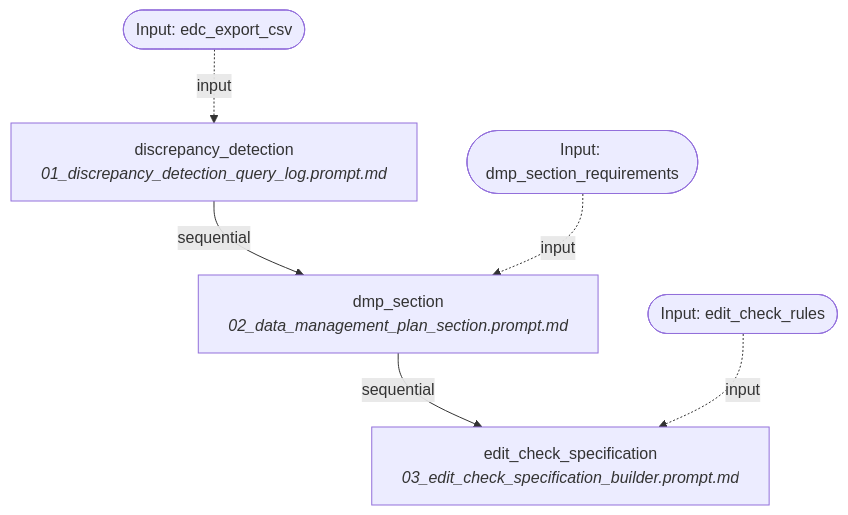
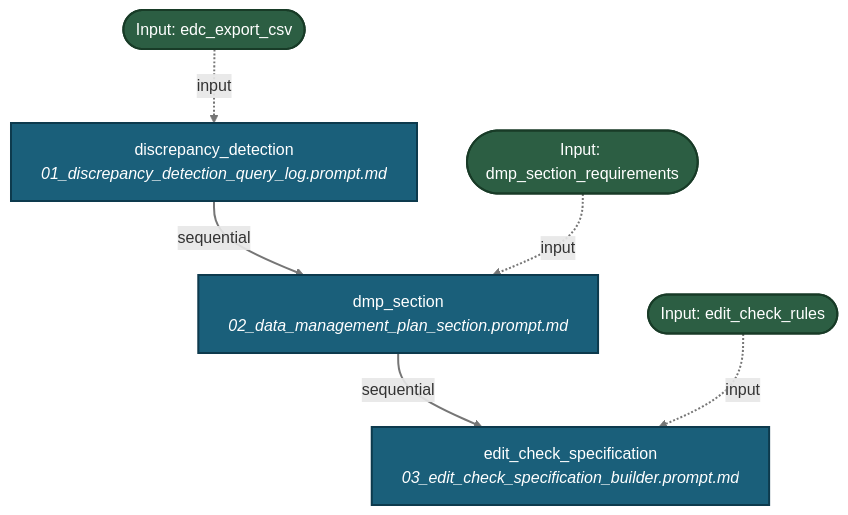
The diagram in docs/workflows/clinical_data.md (fderuiter/proompts), drawn with Mermaid before and after one commit. The commit also changed 267 other files, not shown here.

````diff
--- a/docs/workflows/clinical_data.md
+++ b/docs/workflows/clinical_data.md
@@ -11,14 +11,17 @@
 ```mermaid
 graph TD
-    INPUT_edc_export_csv([Input: edc_export_csv])
-    INPUT_dmp_section_requirements([Input: dmp_section_requirements])
-    INPUT_edit_check_rules([Input: edit_check_rules])
-    discrepancy_detection[discrepancy_detection<br><i>01_discrepancy_detection_query_log.prompt.md</i>]
+    classDef stepNode fill:#1a5f7a,stroke:#0d3a4d,stroke-width:2px,color:#ffffff;
+    classDef inputNode fill:#2c5e43,stroke:#183b27,stroke-width:2px,color:#ffffff;
+    INPUT_edc_export_csv([Input: edc_export_csv]):::inputNode
+    INPUT_dmp_section_requirements([Input: dmp_section_requirements]):::inputNode
+    INPUT_edit_check_rules([Input: edit_check_rules]):::inputNode
+    discrepancy_detection[discrepancy_detection<br><i>01_discrepancy_detection_query_log.prompt.md</i>]:::stepNode
     INPUT_edc_export_csv -. input .-> discrepancy_detection
     discrepancy_detection -->|sequential| dmp_section
-    dmp_section[dmp_section<br><i>02_data_management_plan_section.prompt.md</i>]
+    dmp_section[dmp_section<br><i>02_data_management_plan_section.prompt.md</i>]:::stepNode
     INPUT_dmp_section_requirements -. input .-> dmp_section
     dmp_section -->|sequential| edit_check_specification
-    edit_check_specification[edit_check_specification<br><i>03_edit_check_specification_builder.prompt.md</i>]
+    edit_check_specification[edit_check_specification<br><i>03_edit_check_specification_builder.prompt.md</i>]:::stepNode
     INPUT_edit_check_rules -. input .-> edit_check_specification
+    linkStyle default stroke:#767676,stroke-width:2px;
 ```
````
